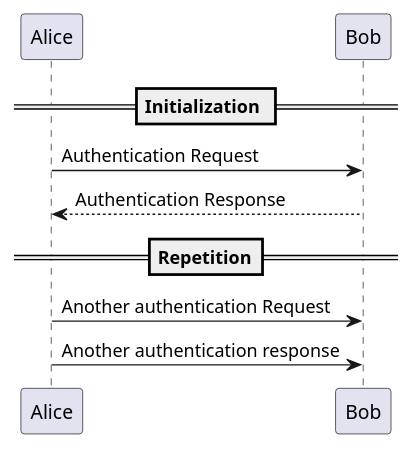
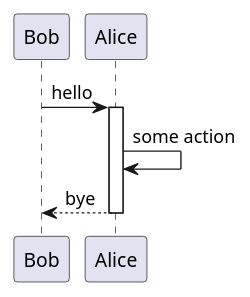
The diagram in sequence.wsd (mizandarii/uml), drawn with PlantUML before and after one commit.

Commit message:
13.return

```diff
--- a/sequence.wsd
+++ b/sequence.wsd
@@ -1,13 +1,8 @@
 @startuml 
 
-== Initialization ==
-
-Alice -> Bob: Authentication Request
-Bob --> Alice: Authentication Response
-
-==Repetition==
-
-Alice-> Bob: Another authentication Request
-Alice-> Bob: Another authentication response
+Bob -> Alice: hello
+activate Alice
+Alice -> Alice : some action
+return bye
 
 @enduml
```
